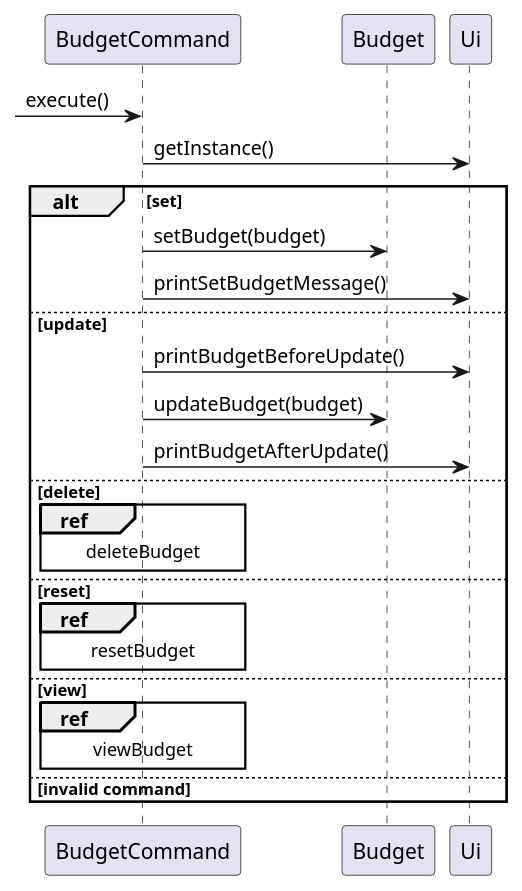
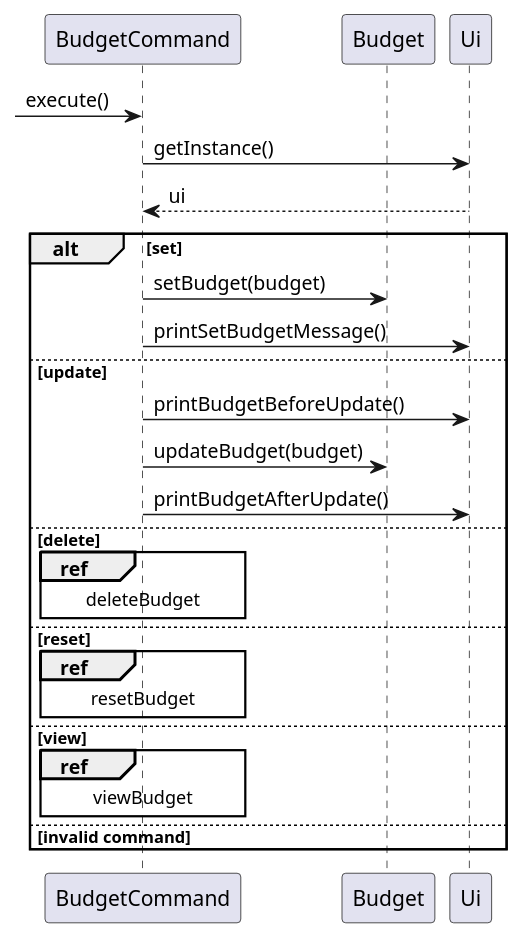
One commit to nus-cs2113-AY2324S1/tp changed the diagram in docs/diagrams/Budget.puml. Above: the diagram before and after it, drawn with PlantUML. The commit also changed 3 other files, not shown here.

First line of the commit message:
Add class diagram for storage

```diff
--- a/docs/diagrams/Budget.puml
+++ b/docs/diagrams/Budget.puml
@@ -1,27 +1,28 @@
 @startuml
 
 participant BudgetCommand
 participant Budget
 participant Ui
 
 -> BudgetCommand: execute()
 BudgetCommand -> Ui: getInstance()
+return ui
 
 alt set
     BudgetCommand -> Budget: setBudget(budget)
     BudgetCommand -> Ui: printSetBudgetMessage()
 else update
     BudgetCommand -> Ui: printBudgetBeforeUpdate()
     BudgetCommand -> Budget: updateBudget(budget)
     BudgetCommand -> Ui: printBudgetAfterUpdate()
 else delete
     ref over BudgetCommand: deleteBudget
 else reset
     ref over BudgetCommand: resetBudget
 else view
     ref over BudgetCommand: viewBudget
 else invalid command
 end
 
 
 @enduml
```
